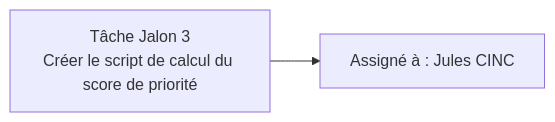
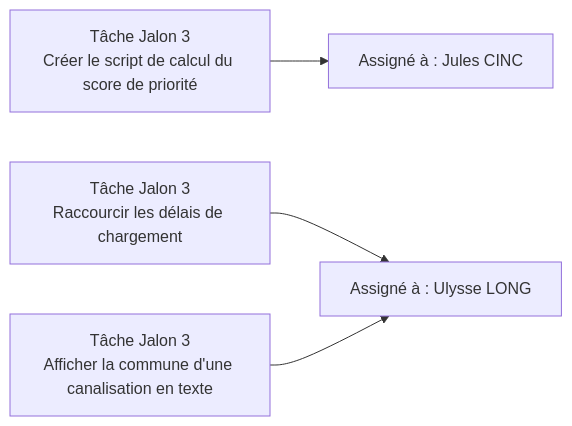
The diagram in README.md (JulesCinc/RenovTaCana), drawn with Mermaid before and after one commit. The commit also changed other lines of this file and 4 other files, not shown here.

Commit message:
Possibilité de voir toutes les données d'une canalisation index.html

````diff
--- a/README.md
+++ b/README.md
@@ -71,4 +73,6 @@
 ```mermaid
 flowchart LR
     T[Tâche Jalon 3<br/>Créer le script de calcul du score de priorité] --> A[Assigné à : Jules CINC]
+    U1[Tâche Jalon 3<br/>Raccourcir les délais de chargement] --> U[Assigné à : Ulysse LONG]
+    U2[Tâche Jalon 3<br/>Afficher la commune d'une canalisation en texte] --> U
 ```
````
